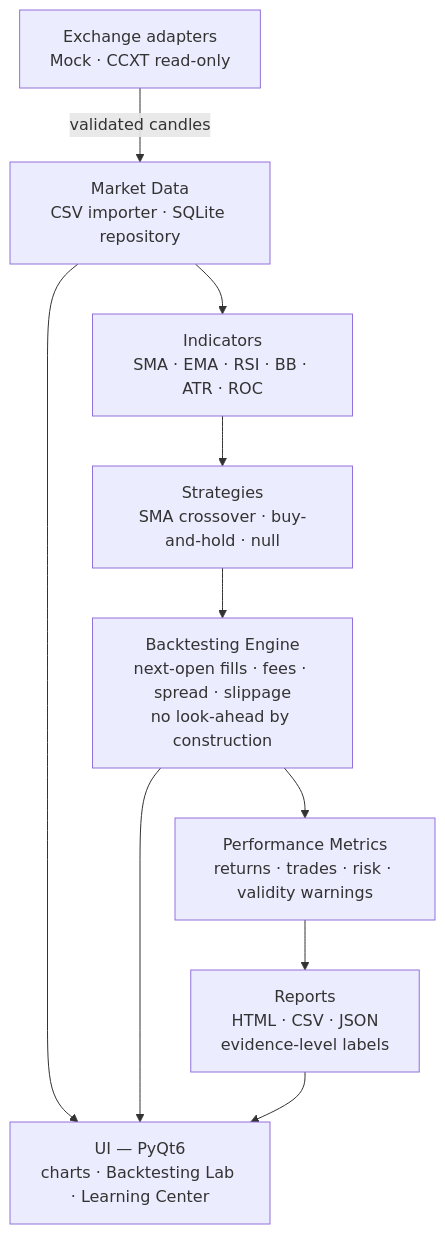
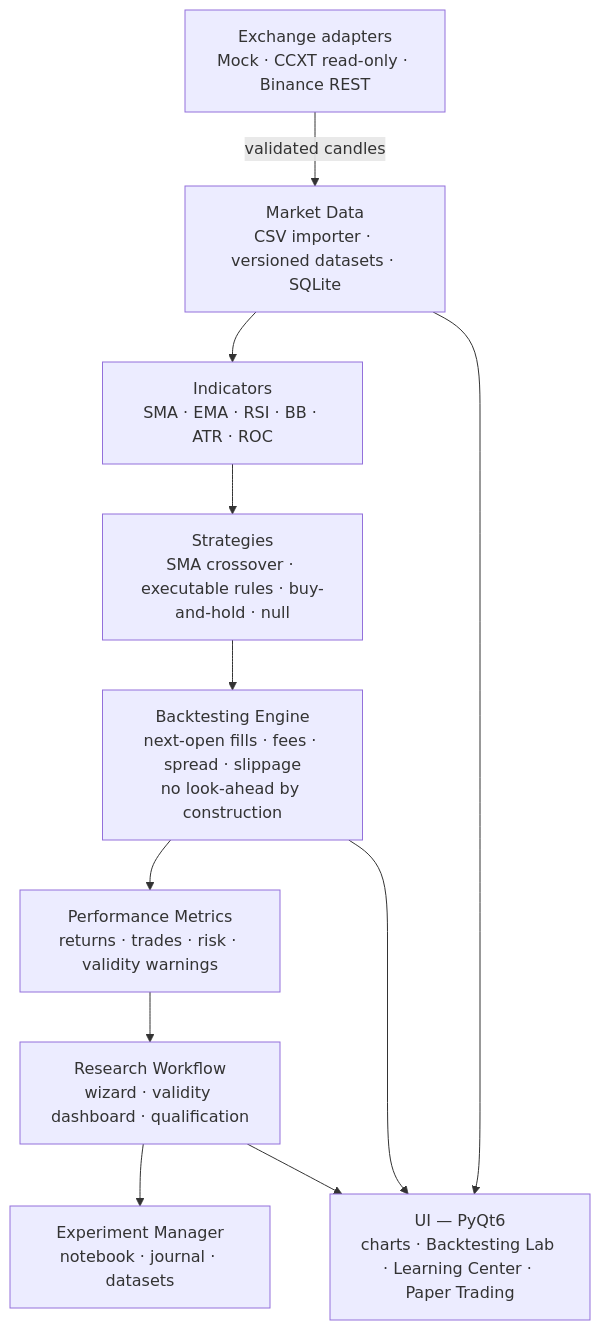
One commit to wachin/crypto-trading-lab changed the diagram in README.md. Above: the diagram before and after it, drawn with Mermaid. The commit also changed other lines of this file and 18 other files, not shown here.

````diff
--- a/README.md
+++ b/README.md
@@ -44,12 +222,13 @@
 ```mermaid
 flowchart TD
-    A[Exchange adapters<br/>Mock · CCXT read-only] -->|validated candles| B[Market Data<br/>CSV importer · SQLite repository]
+    A[Exchange adapters<br/>Mock · CCXT read-only · Binance REST] -->|validated candles| B[Market Data<br/>CSV importer · versioned datasets · SQLite]
     B --> C[Indicators<br/>SMA · EMA · RSI · BB · ATR · ROC]
-    C --> D[Strategies<br/>SMA crossover · buy-and-hold · null]
+    C --> D[Strategies<br/>SMA crossover · executable rules · buy-and-hold · null]
     D --> E[Backtesting Engine<br/>next-open fills · fees · spread · slippage<br/>no look-ahead by construction]
     E --> F[Performance Metrics<br/>returns · trades · risk · validity warnings]
-    F --> G[Reports<br/>HTML · CSV · JSON<br/>evidence-level labels]
-    B --> H[UI — PyQt6<br/>charts · Backtesting Lab · Learning Center]
-    E --> H
-    G --> H
+    F --> G[Research Workflow<br/>wizard · validity dashboard · qualification]
+    G --> H[Experiment Manager<br/>notebook · journal · datasets]
+    B --> I[UI — PyQt6<br/>charts · Backtesting Lab · Learning Center · Paper Trading]
+    E --> I
+    G --> I
 ```
````
